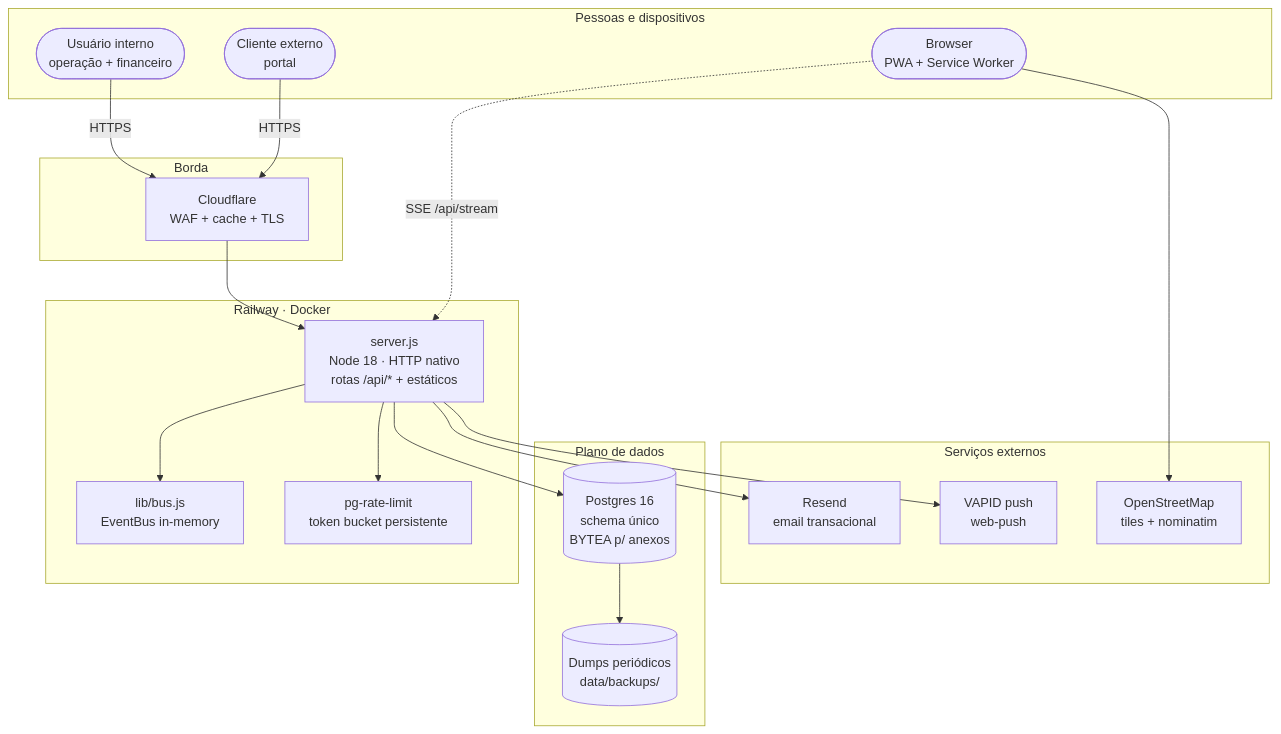
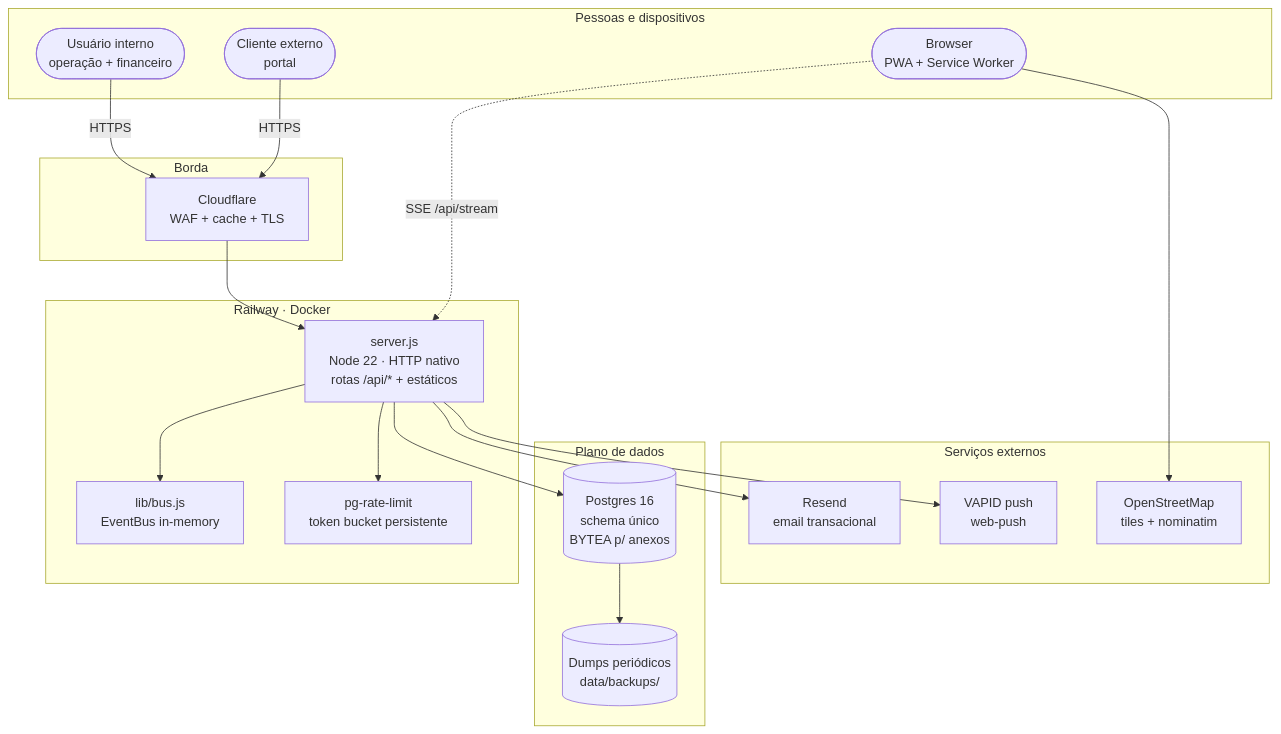
One commit to honorist/Rhino changed the second of 4 diagrams in README.md. Above: the diagram before and after it, drawn with Mermaid. The commit also changed other lines of this file and 10 other files, not shown here.

````diff
--- a/README.md
+++ b/README.md
@@ -32,41 +32,41 @@
 ```mermaid
 flowchart TB
     subgraph clientes [Pessoas e dispositivos]
         usr([Usuário interno<br/>operação + financeiro])
         cli([Cliente externo<br/>portal])
         push_dev([Browser<br/>PWA + Service Worker])
     end
 
     subgraph borda [Borda]
         cf[Cloudflare<br/>WAF + cache + TLS]
     end
 
     subgraph railway [Railway · Docker]
-        web["server.js<br/>Node 18 · HTTP nativo<br/>rotas /api/* + estáticos"]
+        web["server.js<br/>Node 22 · HTTP nativo<br/>rotas /api/* + estáticos"]
         bus["lib/bus.js<br/>EventBus in-memory"]
         rate["pg-rate-limit<br/>token bucket persistente"]
     end
 
     subgraph dados [Plano de dados]
         pg[("Postgres 16<br/>schema único<br/>BYTEA p/ anexos")]
         bkp[(Dumps periódicos<br/>data/backups/)]
     end
 
     subgraph externos [Serviços externos]
         resend[Resend<br/>email transacional]
         vapid[VAPID push<br/>web-push]
         osm[OpenStreetMap<br/>tiles + nominatim]
     end
 
     usr -->|HTTPS| cf
     cli -->|HTTPS| cf
     push_dev -. SSE /api/stream .-> web
     cf --> web
     web --> bus
     web --> rate
     web --> pg
     web --> resend
     web --> vapid
     push_dev --> osm
     pg --> bkp
 ```
````
